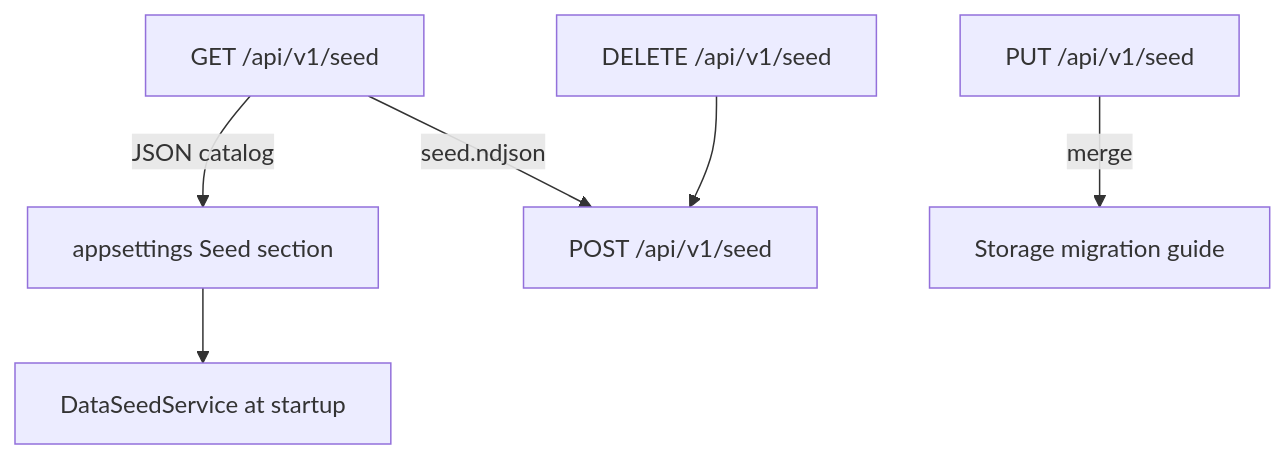
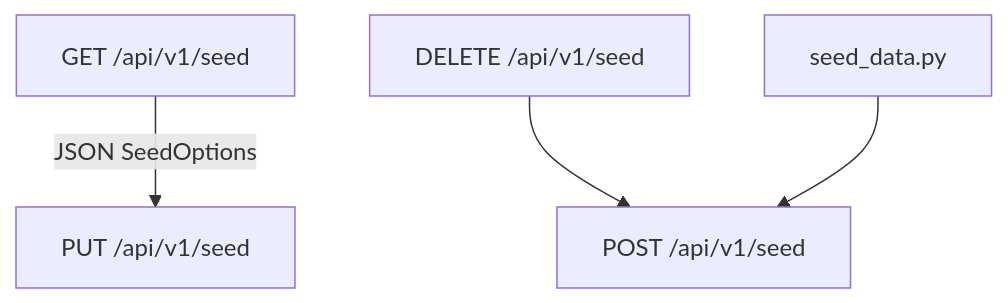
Before and after one commit to ShaharMS/ClientManager: the diagram in docs/core/seed-system.md, drawn with Mermaid. The commit also changed other lines of this file and 74 other files, not shown here.

First line of the commit message:
Add regression tests and update ops docs for lean architecture.

````diff
--- a/docs/core/seed-system.md
+++ b/docs/core/seed-system.md
@@ -15,16 +12,12 @@
 ```mermaid
 flowchart TD
   export["GET /api/v1/seed"]
   delete["DELETE /api/v1/seed"]
   post["POST /api/v1/seed"]
   put["PUT /api/v1/seed"]
-  appsettings["appsettings Seed section"]
-  startup["DataSeedService at startup"]
-  migrate["Storage migration guide"]
+  script["seed_data.py"]
 
-  export -->|"JSON catalog"| appsettings
-  export -->|"seed.ndjson"| post
+  export -->|"JSON SeedOptions"| put
   delete --> post
-  put -->|"merge"| migrate
-  appsettings --> startup
+  script --> post
 ```
````
